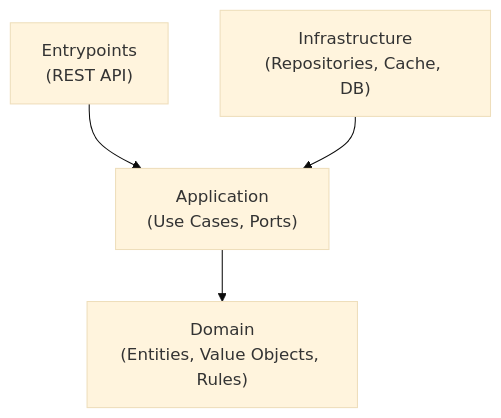
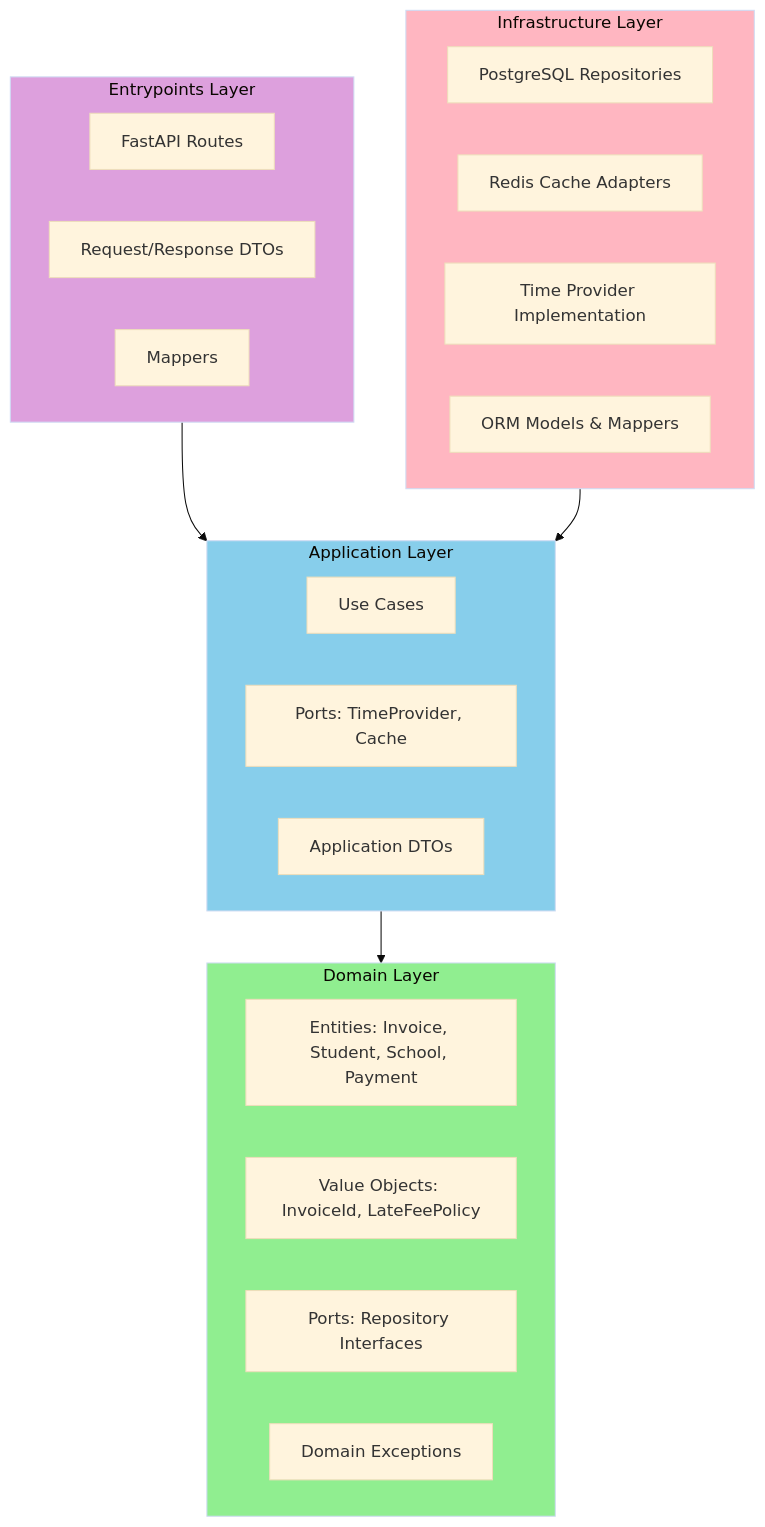
One commit to ae-lexs/mattilda_challenge changed the second of 2 diagrams in README.md. Above: the diagram before and after it, drawn with Mermaid (base theme). The commit also changed other lines of this file and 1 other file, not shown here.

````diff
--- a/README.md
+++ b/README.md
@@ -164,11 +185,37 @@
 ```mermaid
 flowchart TD
-    Domain["Domain<br/>(Entities, Value Objects, Rules)"]
-    Application["Application<br/>(Use Cases, Ports)"]
-    Infrastructure["Infrastructure<br/>(Repositories, Cache, DB)"]
-    Entrypoints["Entrypoints<br/>(REST API)"]
-
+    subgraph Entrypoints["Entrypoints Layer"]
+        E1[FastAPI Routes]
+        E2[Request/Response DTOs]
+        E3[Mappers]
+    end
+    
+    subgraph Application["Application Layer"]
+        A1[Use Cases]
+        A2[Ports: TimeProvider, Cache]
+        A3[Application DTOs]
+    end
+    
+    subgraph Domain["Domain Layer"]
+        D1[Entities: Invoice, Student, School, Payment]
+        D2[Value Objects: InvoiceId, LateFeePolicy]
+        D3[Ports: Repository Interfaces]
+        D4[Domain Exceptions]
+    end
+    
+    subgraph Infrastructure["Infrastructure Layer"]
+        I1[PostgreSQL Repositories]
+        I2[Redis Cache Adapters]
+        I3[Time Provider Implementation]
+        I4[ORM Models & Mappers]
+    end
+    
     Entrypoints --> Application
     Infrastructure --> Application
     Application --> Domain
+    
+    style Domain fill:#90EE90
+    style Application fill:#87CEEB
+    style Infrastructure fill:#FFB6C1
+    style Entrypoints fill:#DDA0DD
 ```
````
